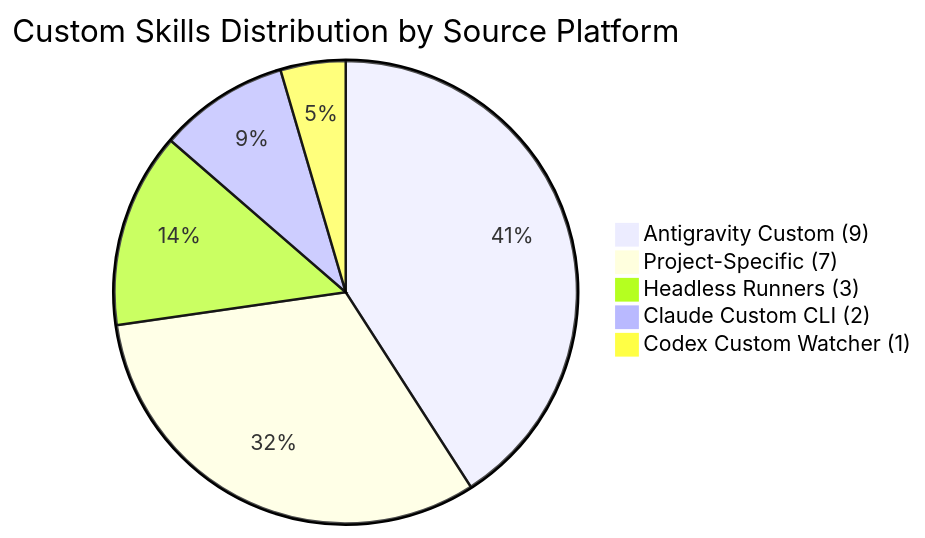
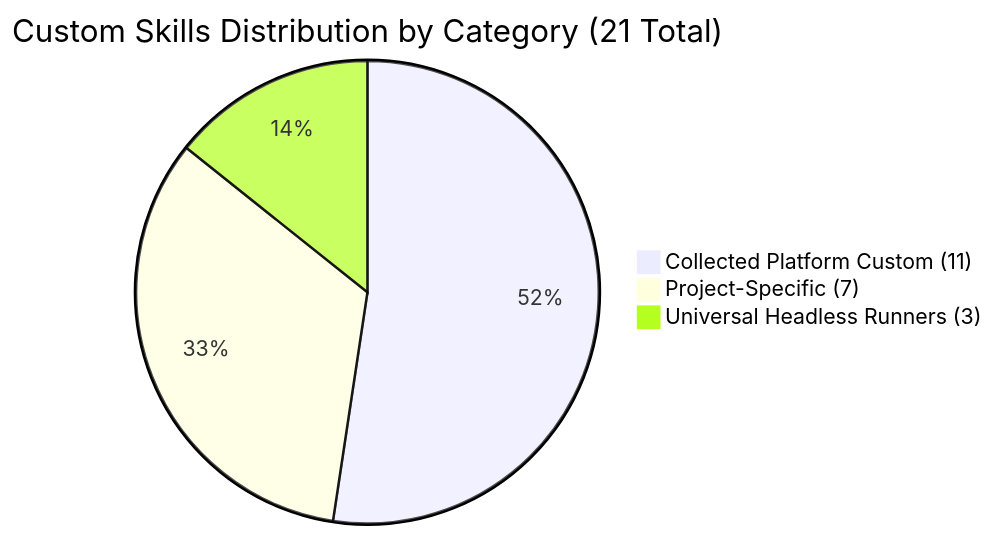
Before and after one commit to trishul-developers/trishul-skills: the diagram in docs/TAXONOMY.md, drawn with Mermaid. The commit also changed other lines of this file and 50 other files, not shown here.

First line of the commit message:
refactor(skills): flatten provider directory structure into collected and projects

````diff
--- a/docs/TAXONOMY.md
+++ b/docs/TAXONOMY.md
@@ -9,8 +9,6 @@
 ```mermaid
-pie title Custom Skills Distribution by Source Platform
-    "Antigravity Custom (9)" : 9
+pie title Custom Skills Distribution by Category (21 Total)
+    "Collected Platform Custom (11)" : 11
     "Project-Specific (7)" : 7
-    "Headless Runners (3)" : 3
-    "Claude Custom CLI (2)" : 2
-    "Codex Custom Watcher (1)" : 1
+    "Universal Headless Runners (3)" : 3
 ```
````
